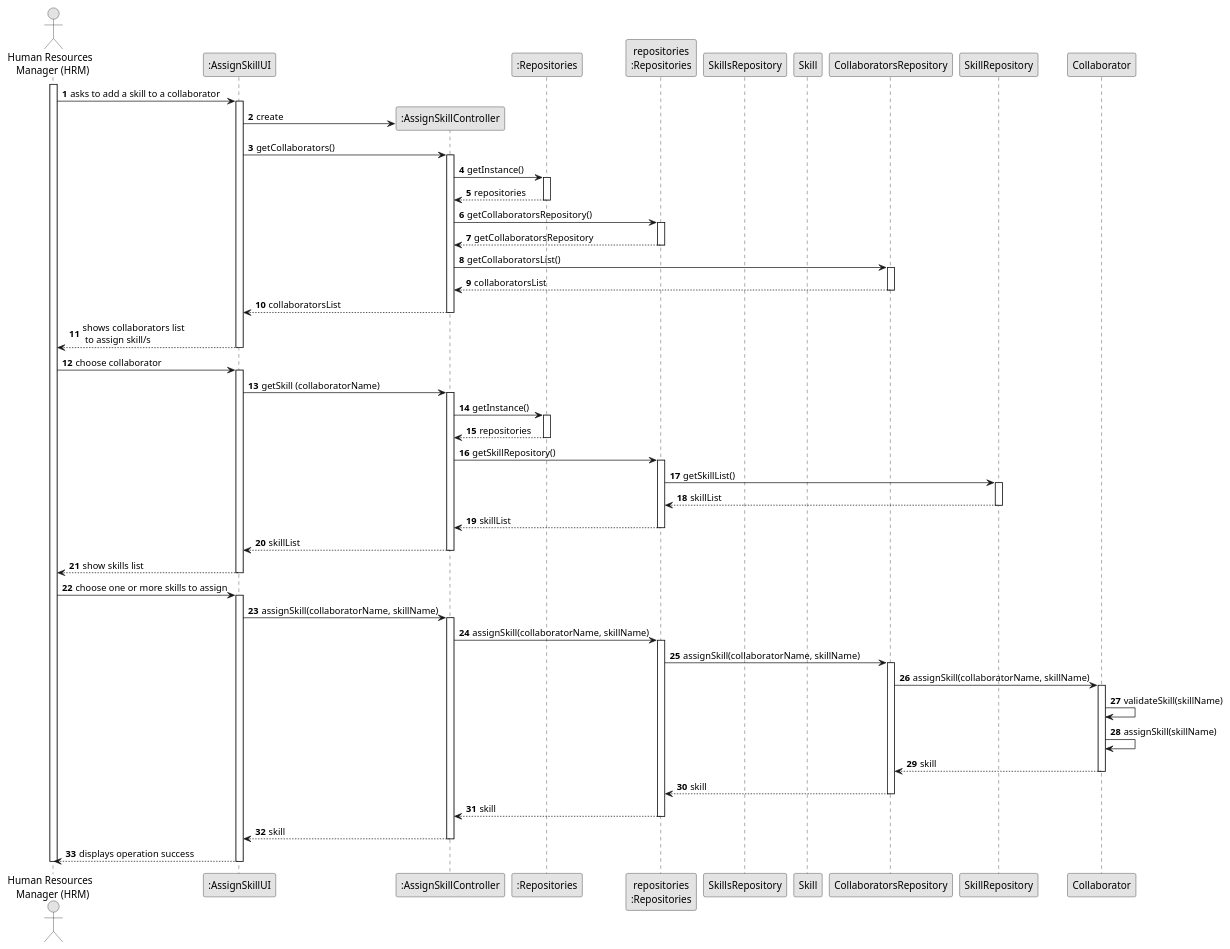
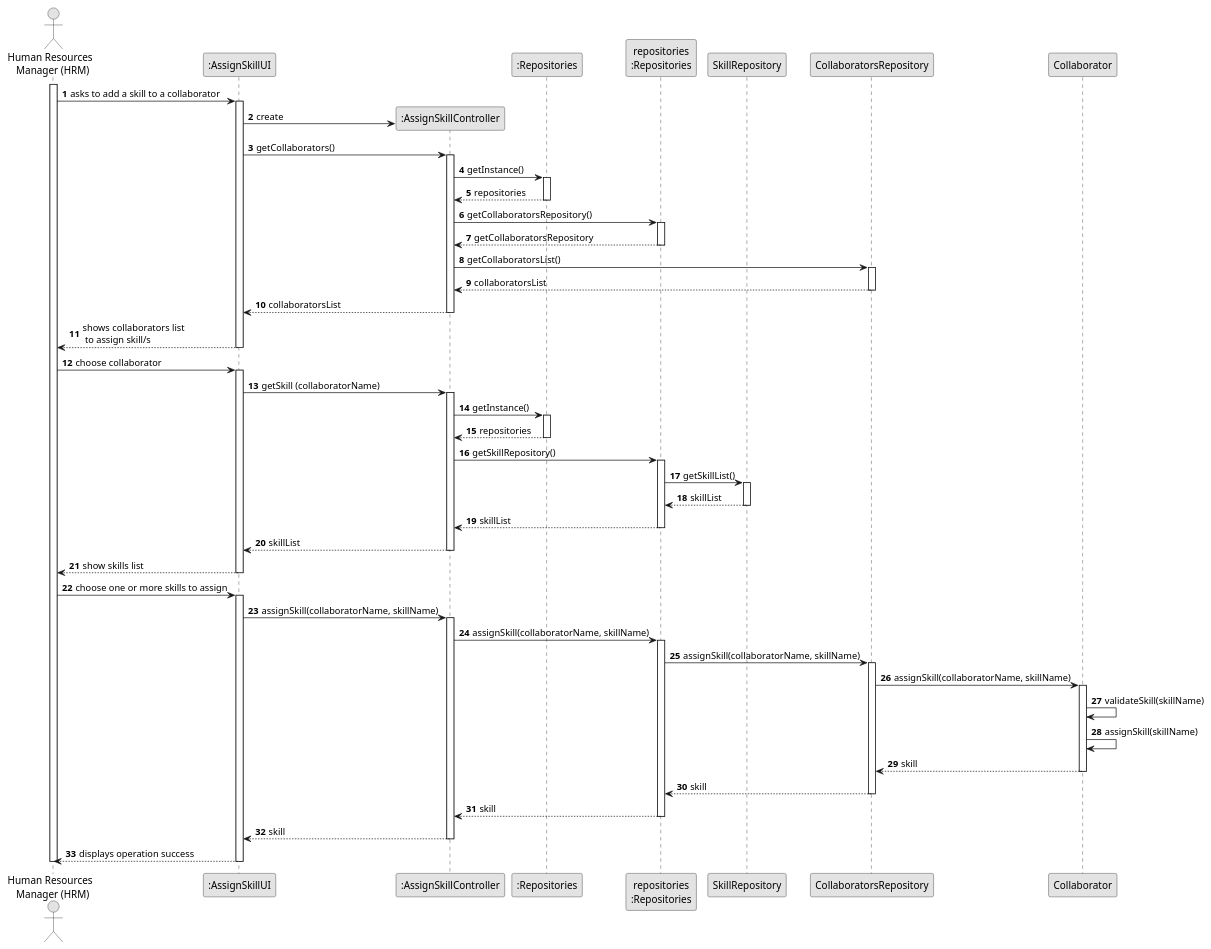
One commit to Departamento-de-Engenharia-Informatica/lei-24-s2-1dkl-g134 changed the diagram in docs/sprintB/us004/03.design/puml/us004-sequence-diagram-full.puml. Above: the diagram before and after it, drawn with PlantUML. The commit also changed 2 other files, not shown here.

```diff
--- a/docs/sprintB/us004/03.design/puml/us004-sequence-diagram-full.puml
+++ b/docs/sprintB/us004/03.design/puml/us004-sequence-diagram-full.puml
@@ -1,122 +1,121 @@
 @startuml
 skinparam monochrome true
 skinparam packageStyle rectangle
 skinparam shadowing false
 
 autonumber
 
 'hide footbox
 actor "Human Resources \n Manager (HRM)" as HRM
 participant ":AssignSkillUI" as UI
 participant ":AssignSkillController" as CTRL
 participant ":Repositories" as RepositorySingleton
 participant "repositories\n:Repositories" as PLAT
-participant "SkillsRepository" as SkillsRepository
-participant "Skill" as Skill
+participant "SkillRepository" as SkillRepository
 participant "CollaboratorsRepository" as CollaboratorsRepository
 
 activate HRM
 
         HRM -> UI : asks to add a skill to a collaborator
 
         activate UI
 
 
             UI -> CTRL** : create
 
             UI -> CTRL : getCollaborators()
             activate CTRL
 
                 CTRL -> RepositorySingleton : getInstance()
                 activate RepositorySingleton
 
                     RepositorySingleton --> CTRL: repositories
                 deactivate RepositorySingleton
 
                 CTRL -> PLAT : getCollaboratorsRepository()
                 activate PLAT
 
                     PLAT --> CTRL: getCollaboratorsRepository
                 deactivate PLAT
 
                 CTRL -> CollaboratorsRepository : getCollaboratorsList()
                 activate CollaboratorsRepository
 
                     CollaboratorsRepository --> CTRL : collaboratorsList
                 deactivate CollaboratorsRepository
 
                 CTRL --> UI : collaboratorsList
             deactivate CTRL
 
             UI --> HRM : shows collaborators list\n to assign skill/s
         deactivate UI
 
     HRM -> UI : choose collaborator
     activate UI
 
    UI -> CTRL : getSkill (collaboratorName)
            activate CTRL
 
  CTRL -> RepositorySingleton : getInstance()
          activate RepositorySingleton
 
          RepositorySingleton --> CTRL: repositories
          deactivate RepositorySingleton
 
          CTRL -> PLAT : getSkillRepository()
          activate PLAT
 
          PLAT -> SkillRepository : getSkillList()
          activate SkillRepository
 
          SkillRepository --> PLAT : skillList
          deactivate  SkillRepository
 
          PLAT --> CTRL: skillList
          deactivate PLAT
 
          CTRL --> UI : skillList
          deactivate CTRL
 
          UI --> HRM : show skills list
          deactivate UI
 
          HRM -> UI : choose one or more skills to assign
          activate UI
 
          UI -> CTRL : assignSkill(collaboratorName, skillName)
          activate CTRL
 
          CTRL -> PLAT : assignSkill(collaboratorName, skillName)
          activate PLAT
 
          PLAT -> CollaboratorsRepository : assignSkill(collaboratorName, skillName)
          activate CollaboratorsRepository
 
 
          CollaboratorsRepository -> Collaborator : assignSkill(collaboratorName, skillName)
          activate Collaborator
 
          Collaborator -> Collaborator : validateSkill(skillName)
 
          Collaborator -> Collaborator :assignSkill(skillName)
 
          Collaborator --> CollaboratorsRepository : skill
          deactivate Collaborator
 
 
          CollaboratorsRepository --> PLAT : skill
          deactivate CollaboratorsRepository
 
          PLAT --> CTRL : skill
          deactivate PLAT
 
          CTRL --> UI : skill
          deactivate CTRL
 
          UI --> HRM : displays operation success
          deactivate UI
 
          deactivate HRM
 
  @enduml
```
